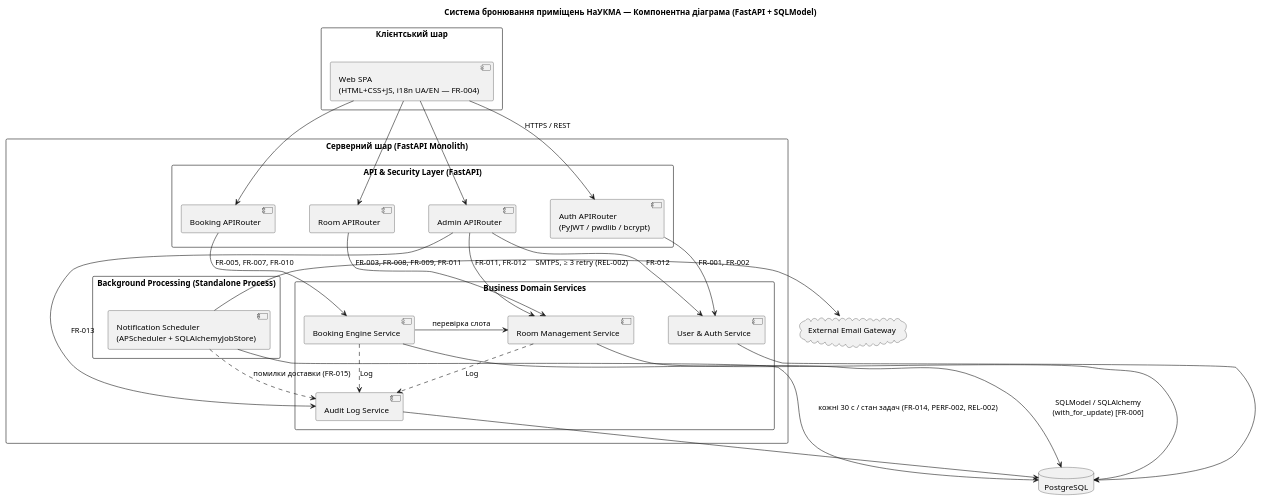
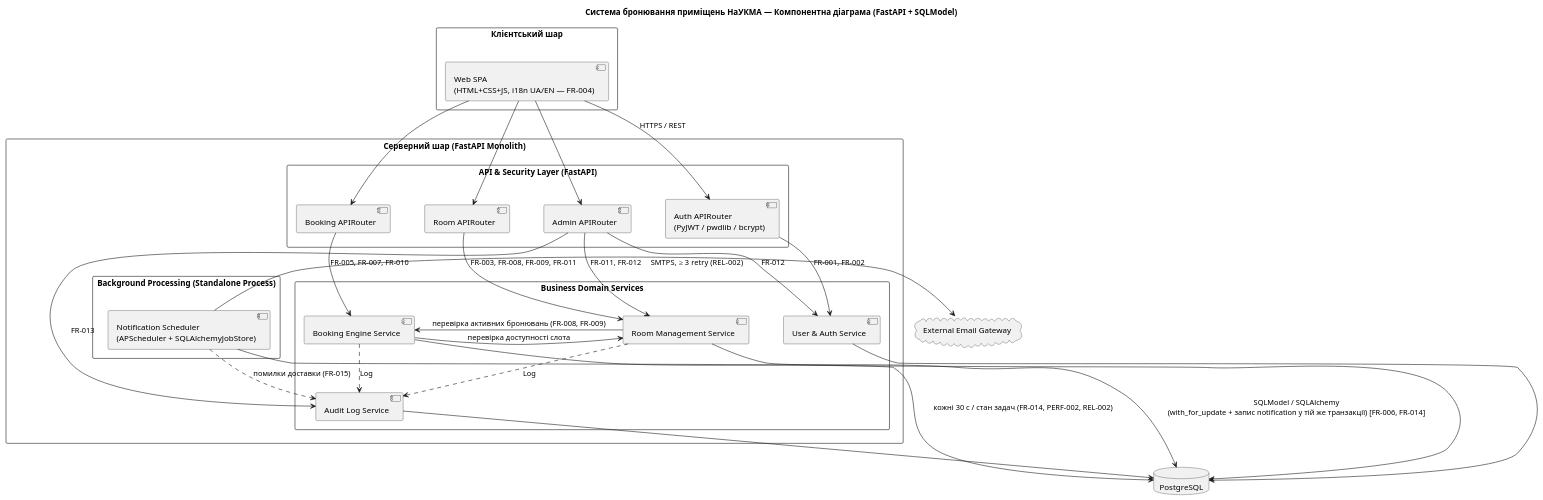
Before and after one commit to ukma-fin-ssdm-2026/reserve-flow: the diagram in docs/architecture/uml/component.puml, drawn with PlantUML.

Commit message:
docs: Update UML component diagram for clarity and details

```diff
--- a/docs/architecture/uml/component.puml
+++ b/docs/architecture/uml/component.puml
@@ -1,70 +1,71 @@
 @startuml
 skinparam componentStyle uml2
 skinparam packageStyle rectangle
 skinparam shadowing false
 skinparam nodesep 60
 skinparam ranksep 50
 
 title Система бронювання приміщень НаУКМА — Компонентна діаграма (FastAPI + SQLModel)
 
 package "Клієнтський шар" {
     [Web SPA\n(HTML+CSS+JS, i18n UA/EN — FR-004)] as UI
 }
 
 package "Серверний шар (FastAPI Monolith)" {
 
     package "API & Security Layer (FastAPI)" {
         [Auth APIRouter\n(PyJWT / pwdlib / bcrypt)] as AuthCtrl
         [Room APIRouter] as RoomCtrl
         [Booking APIRouter] as BookCtrl
         [Admin APIRouter] as AdminCtrl
     }
 
     package "Business Domain Services" {
         [User & Auth Service] as UserService
         [Room Management Service] as RoomService
         [Booking Engine Service] as BookService
         [Audit Log Service] as AuditService
     }
 
     package "Background Processing (Standalone Process)" {
         [Notification Scheduler\n(APScheduler + SQLAlchemyJobStore)] as NotifyWorker
     }
 }
 
 database "PostgreSQL" as DB
 cloud "External Email Gateway" as SMTP
 
 ' --- Frontend -> API ---
 UI -down-> AuthCtrl : HTTPS / REST
 UI -down-> RoomCtrl
 UI -down-> BookCtrl
 UI -down-> AdminCtrl
 
 ' --- API -> Domain Services ---
 AuthCtrl -down-> UserService : FR-001, FR-002
 RoomCtrl -down-> RoomService : FR-003, FR-008, FR-009, FR-011
 BookCtrl -down-> BookService : FR-005, FR-007, FR-010
 AdminCtrl -down-> AuditService : FR-013
 AdminCtrl -down-> UserService : FR-012
 AdminCtrl -down-> RoomService : FR-011, FR-012
 
 ' --- Внутрішні зв'язки сервісів ---
-BookService -left-> RoomService : перевірка слота
+BookService -left-> RoomService : перевірка доступності слота
+RoomService -right-> BookService : перевірка активних бронювань (FR-008, FR-009)
 BookService ..> AuditService : Log
 RoomService ..> AuditService : Log
 
 ' --- Domain Services -> PostgreSQL ---
 UserService -down-> DB
 RoomService -down-> DB
-BookService -down-> DB : SQLModel / SQLAlchemy\n(with_for_update) [FR-006]
+BookService -down-> DB : SQLModel / SQLAlchemy\n(with_for_update + запис notification у тій же транзакції) [FR-006, FR-014]
 AuditService -down-> DB
 
 ' --- Background Worker ---
 NotifyWorker -down-> DB : кожні 30 с / стан задач (FR-014, PERF-002, REL-002)
 NotifyWorker ..> AuditService : помилки доставки (FR-015)
 NotifyWorker -right-> SMTP : SMTPS, ≥ 3 retry (REL-002)
 
-' --- Використання ШІ: у структуруванні документа та при додатковій перевірці відповідності стандартам завдання було використано ШІ Gemini (відповідно до  ідей команди). Документ перевірено, відредаговано та затверджено учасниками команди ---
+' --- Використання ШІ: у структуруванні документа та при додатковій перевірці відповідності стандартам завдання було використано ШІ Gemini (відповідно до ідей команди). Документ перевірено, відредаговано та затверджено учасниками команди ---
 
 @enduml
```
